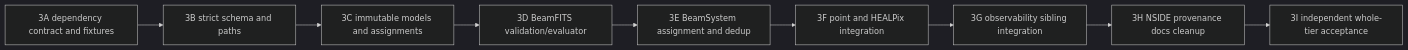
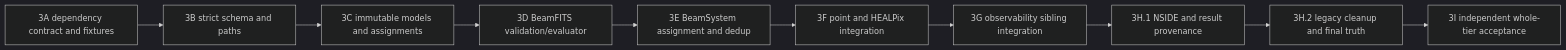
Before and after one commit to RRI-interferometry/RRIVis: the eighth of 8 diagrams in Tier3BeamObservabilityPlan.md, drawn with Mermaid (dark theme). The commit also changed other lines of this file and 1 other file, not shown here.

Commit message:
docs(beam): correct Tier 3 design

````diff
--- a/Tier3BeamObservabilityPlan.md
+++ b/Tier3BeamObservabilityPlan.md
@@ -1915,11 +2074,12 @@
 ```mermaid
 flowchart LR
     A["3A dependency contract and fixtures"] --> B["3B strict schema and paths"]
     B --> C["3C immutable models and assignments"]
     C --> D["3D BeamFITS validation/evaluator"]
     D --> E["3E BeamSystem assignment and dedup"]
     E --> F["3F point and HEALPix integration"]
     F --> G["3G observability sibling integration"]
-    G --> H["3H NSIDE provenance docs cleanup"]
-    H --> I["3I independent whole-tier acceptance"]
+    G --> H1["3H.1 NSIDE and result provenance"]
+    H1 --> H2["3H.2 legacy cleanup and final truth"]
+    H2 --> I["3I independent whole-tier acceptance"]
 ```
````
